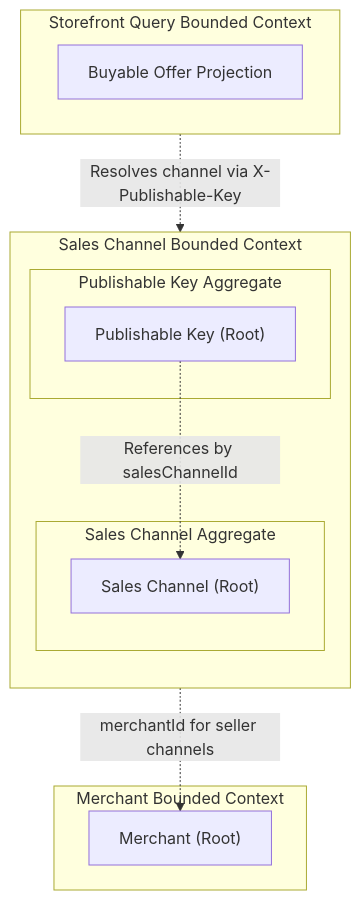
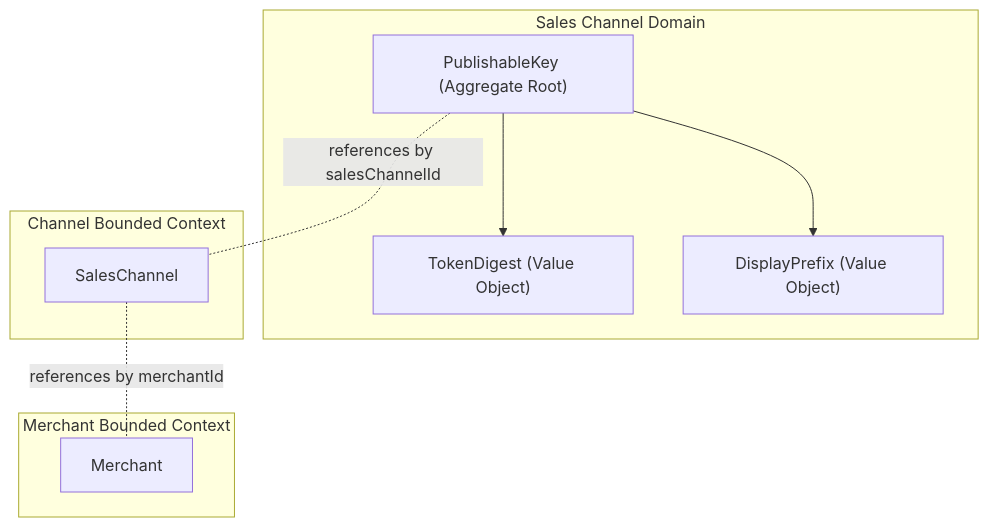
Before and after one commit to khinemyaezin/grab: the first of 3 diagrams in docs/spec/domain/sales-channel/architecture/publishable-key-domain-spec.md, drawn with Mermaid. The commit also changed other lines of this file and 22 other files, not shown here.

````diff
--- a/docs/spec/domain/sales-channel/architecture/publishable-key-domain-spec.md
+++ b/docs/spec/domain/sales-channel/architecture/publishable-key-domain-spec.md
@@ -26,24 +20,22 @@
 ```mermaid
 flowchart TD
-    subgraph SalesChannelContext ["Sales Channel Bounded Context"]
-        direction TB
-        subgraph KeyAgg ["Publishable Key Aggregate"]
-            Key["Publishable Key (Root)"]
-        end
-        subgraph ChannelAgg ["Sales Channel Aggregate"]
-            Channel["Sales Channel (Root)"]
-        end
-        Key -.->|"References by salesChannelId"| Channel
+    subgraph SalesChannelDomain ["Sales Channel Domain"]
+        Root["PublishableKey (Aggregate Root)"]
+        DigestVO["TokenDigest (Value Object)"]
+        PrefixVO["DisplayPrefix (Value Object)"]
+
+        Root --> DigestVO
+        Root --> PrefixVO
     end
 
-    subgraph MerchantContext ["Merchant Bounded Context"]
-        Merchant["Merchant (Root)"]
+    subgraph ChannelDomain ["Channel Bounded Context"]
+        Channel["SalesChannel"]
     end
 
-    subgraph StorefrontContext ["Storefront Query Bounded Context"]
-        QueryProjection["Buyable Offer Projection"]
+    subgraph MerchantDomain ["Merchant Bounded Context"]
+        Merchant["Merchant"]
     end
 
-    Channel -.->|"merchantId for seller channels"| Merchant
-    StorefrontContext -.->|"Resolves channel via X-Publishable-Key"| Key
+    Root -.-|"references by salesChannelId"| Channel
+    Channel -.-|"references by merchantId"| Merchant
 ```
````
